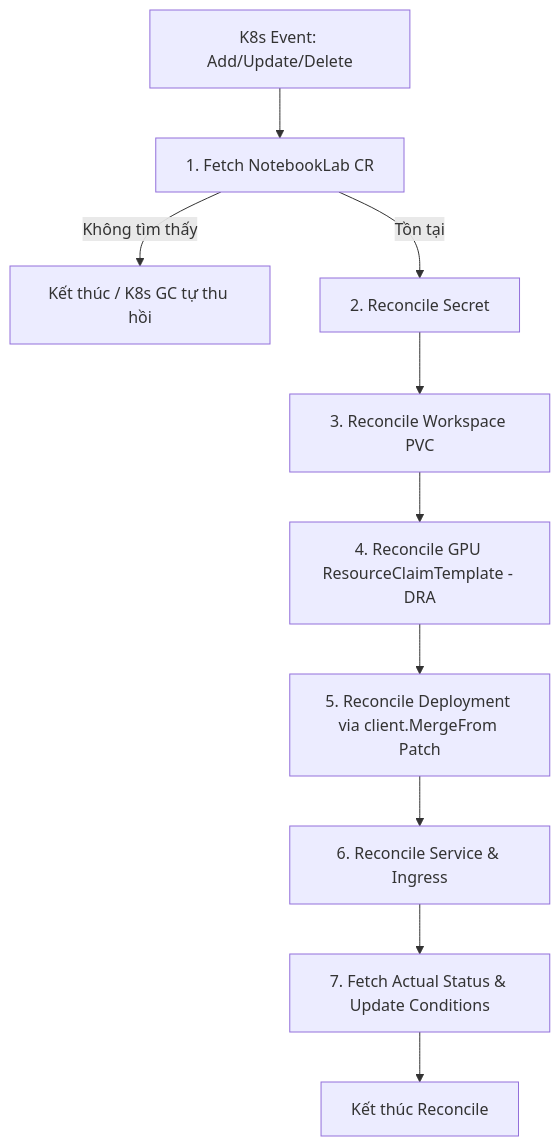
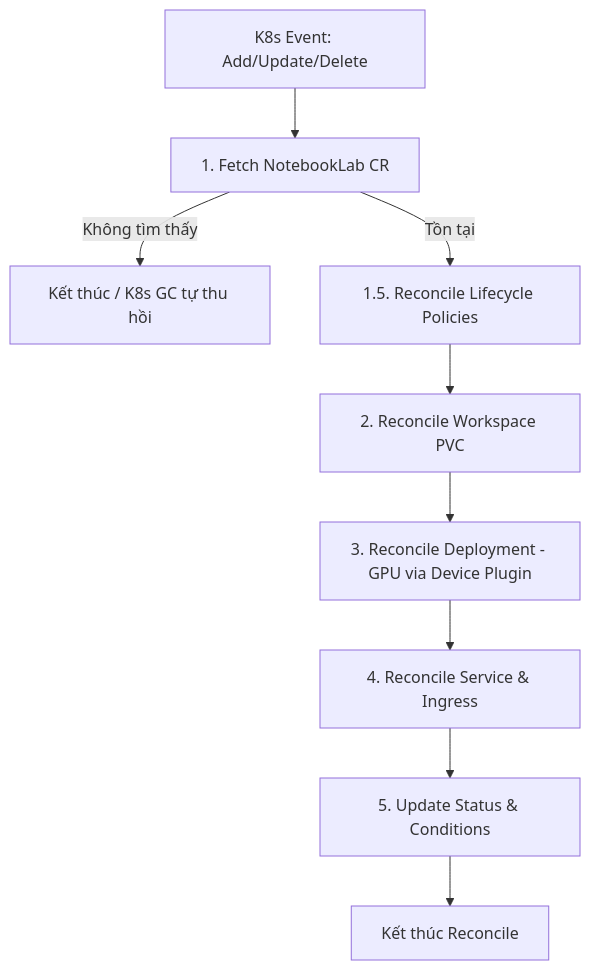
Before and after one commit to ngtukien/notebook-operator: the first of 2 diagrams in ARCHITECTURE.md, drawn with Mermaid. The commit also changed other lines of this file and 89 other files, not shown here.

Commit message:
refactor: migrate HAMi installation from DRA to legacy device-plugin mode and clean up legacy CDI and DRA dependencies

````diff
--- a/ARCHITECTURE.md
+++ b/ARCHITECTURE.md
@@ -168,13 +169,12 @@
 ```mermaid
 graph TD
     A[K8s Event: Add/Update/Delete] --> B[1. Fetch NotebookLab CR]
     B -->|Không tìm thấy| C[Kết thúc / K8s GC tự thu hồi]
-    B -->|Tồn tại| D[2. Reconcile Secret]
+    B -->|Tồn tại| D[1.5. Reconcile Lifecycle Policies]
     
-    D --> E[3. Reconcile Workspace PVC]
-    E --> F[4. Reconcile GPU ResourceClaimTemplate - DRA]
-    F --> G[5. Reconcile Deployment via client.MergeFrom Patch]
-    G --> H[6. Reconcile Service & Ingress]
-    H --> I[7. Fetch Actual Status & Update Conditions]
-    I --> J[Kết thúc Reconcile]
+    D --> E[2. Reconcile Workspace PVC]
+    E --> F[3. Reconcile Deployment - GPU via Device Plugin]
+    F --> G[4. Reconcile Service & Ingress]
+    G --> H[5. Update Status & Conditions]
+    H --> I[Kết thúc Reconcile]
 ```
````
